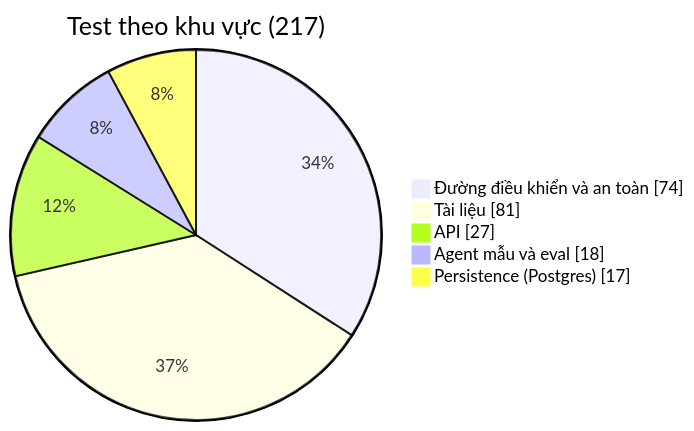
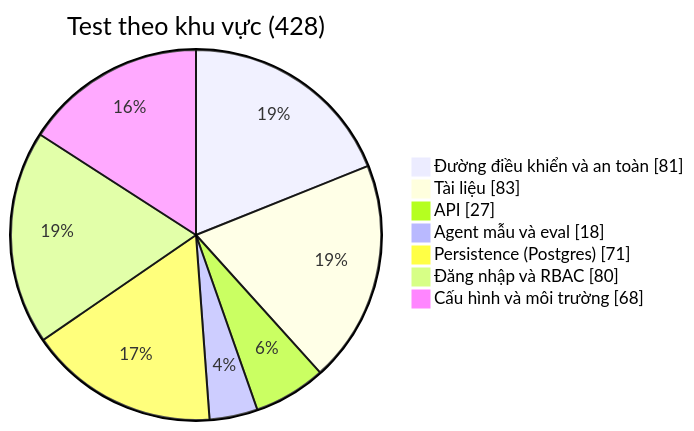
Before and after one commit to nguyenquangtiep/smart-home-future: the diagram in docs/TESTING_STRATEGY.md, drawn with Mermaid. The commit also changed other lines of this file and 16 other files, not shown here.

````diff
--- a/docs/TESTING_STRATEGY.md
+++ b/docs/TESTING_STRATEGY.md
@@ -43,8 +45,10 @@
 ```mermaid
-pie showData title Test theo khu vực (217)
-    "Đường điều khiển và an toàn" : 74
-    "Tài liệu" : 81
+pie showData title Test theo khu vực (428)
+    "Đường điều khiển và an toàn" : 81
+    "Tài liệu" : 83
     "API" : 27
     "Agent mẫu và eval" : 18
-    "Persistence (Postgres)" : 17
+    "Persistence (Postgres)" : 71
+    "Đăng nhập và RBAC" : 80
+    "Cấu hình và môi trường" : 68
 ```
````
